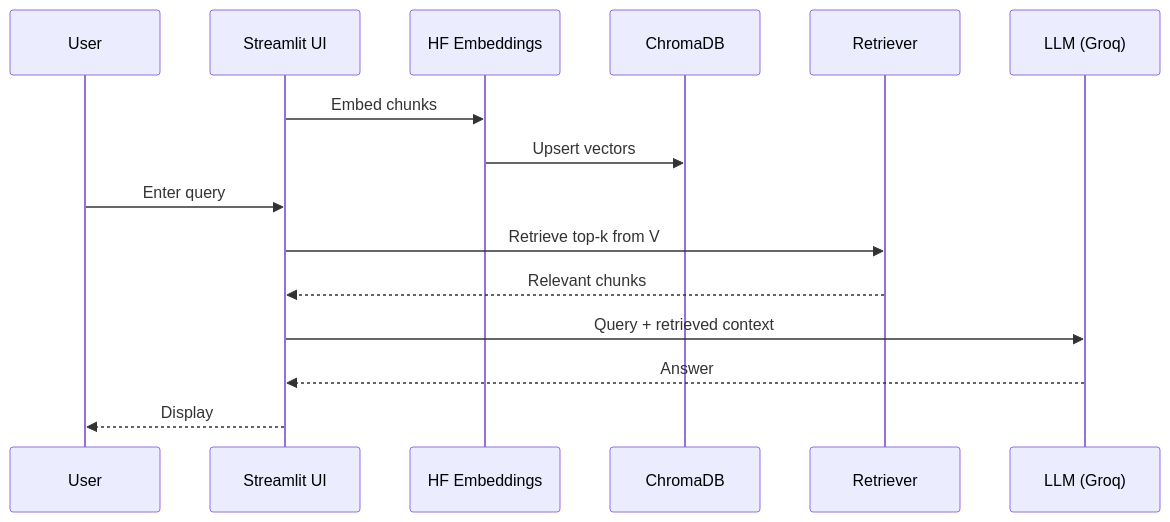
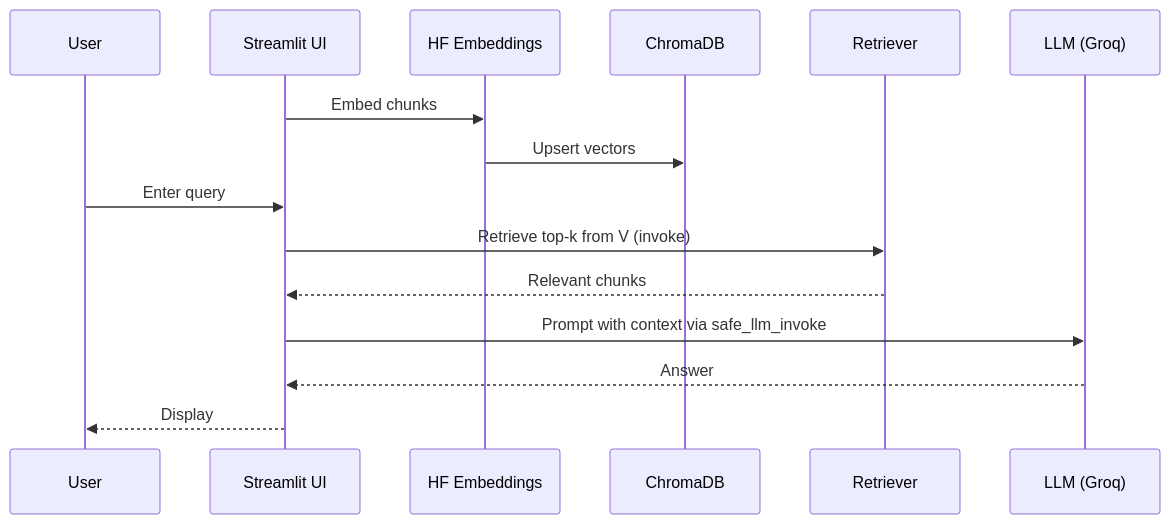
The fourth of 4 diagrams in ARCHITECTURE.md (bms-keshav/Logmentor-RAG), drawn with Mermaid before and after one commit. The commit also changed other lines of this file and 2 other files, not shown here.

````diff
--- a/ARCHITECTURE.md
+++ b/ARCHITECTURE.md
@@ -95,18 +93,18 @@
 ```mermaid
 sequenceDiagram
   participant U as User
   participant UI as Streamlit UI
   participant E as HF Embeddings
   participant V as ChromaDB
   participant R as Retriever
   participant L as LLM (Groq)
 
   UI->>E: Embed chunks
   E->>V: Upsert vectors
   U->>UI: Enter query
-  UI->>R: Retrieve top-k from V
+  UI->>R: Retrieve top-k from V (invoke)
   R-->>UI: Relevant chunks
-  UI->>L: Query + retrieved context
+  UI->>L: Prompt with context via safe_llm_invoke
   L-->>UI: Answer
   UI-->>U: Display
 ```
````
